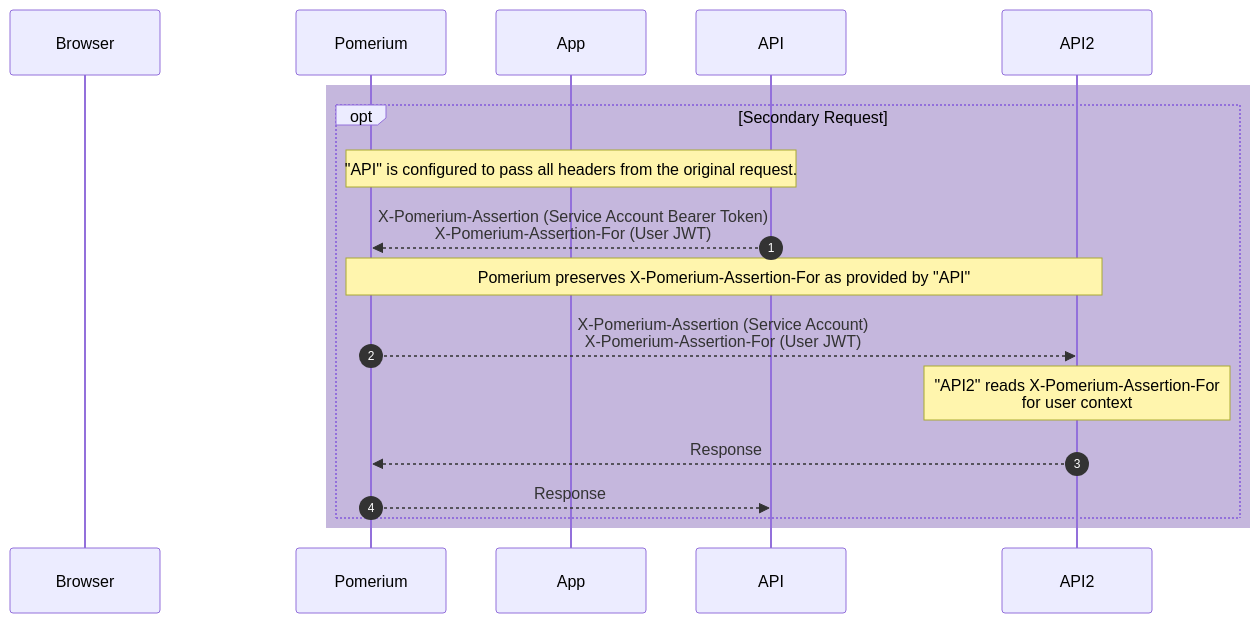
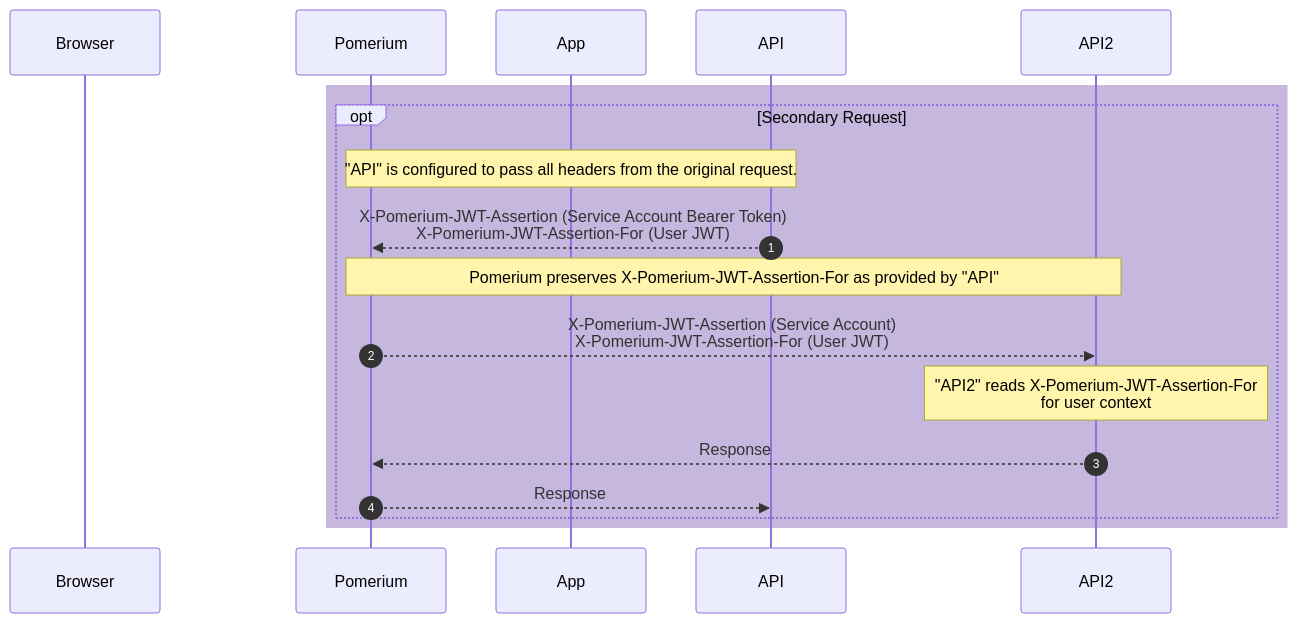
The second of 2 diagrams in docs/docs/topics/original-request-context.md (pomerium/pomerium), drawn with Mermaid before and after one commit. The commit also changed other lines of this file, not shown here.

````diff
--- a/docs/docs/topics/original-request-context.md
+++ b/docs/docs/topics/original-request-context.md
@@ -103,20 +103,20 @@
 ```mermaid
 sequenceDiagram
     autonumber
     participant Browser
     participant Pomerium
     participant App
     participant API
     participant API2
     rect rgba(197, 183, 221)
         opt Secondary Request
             Note over API, Pomerium: "API" is configured to pass all headers from the original request.
-            API-->>Pomerium: X-Pomerium-Assertion (Service Account Bearer Token) <br/>X-Pomerium-Assertion-For (User JWT)
-            Note over Pomerium, API2: Pomerium preserves X-Pomerium-Assertion-For as provided by "API"
-            Pomerium-->> API2: X-Pomerium-Assertion (Service Account) <br/>X-Pomerium-Assertion-For (User JWT)
-            Note over API2: "API2" reads X-Pomerium-Assertion-For <br/>for user context
+            API-->>Pomerium: X-Pomerium-JWT-Assertion (Service Account Bearer Token) <br/>X-Pomerium-JWT-Assertion-For (User JWT)
+            Note over Pomerium, API2: Pomerium preserves X-Pomerium-JWT-Assertion-For as provided by "API"
+            Pomerium-->> API2: X-Pomerium-JWT-Assertion (Service Account) <br/>X-Pomerium-JWT-Assertion-For (User JWT)
+            Note over API2: "API2" reads X-Pomerium-JWT-Assertion-For <br/>for user context
             API2-->>Pomerium: Response
             Pomerium-->>API: Response
         end
     end
 ```
````
